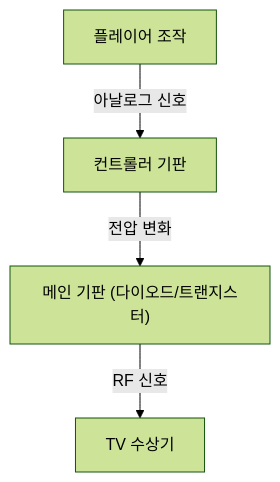
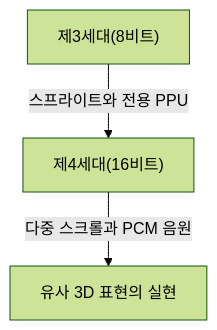
One commit to kenjinote/blog changed the first of 2 diagrams in content/post/history-of-video-game-consoles/index.ko.md. Above: the diagram before and after it, drawn with Mermaid (forest theme). The commit also changed other lines of this file and 129 other files, not shown here.

````diff
--- a/content/post/history-of-video-game-consoles/index.ko.md
+++ b/content/post/history-of-video-game-consoles/index.ko.md
@@ -22,6 +33,5 @@
 ```mermaid
 graph TD
-    A["플레이어 조작"] -- "아날로그 신호" --> B["컨트롤러 기판"]
-    B -- "전압 변화" --> C["메인 기판 (다이오드/트랜지스터)"]
-    C -- "RF 신호" --> D["TV 수상기"]
+  A["제3세대(8비트)"] -- "스프라이트와 전용 PPU" --> B["제4세대(16비트)"]
+  B["제4세대(16비트)"] -- "다중 스크롤과 PCM 음원" --> C["유사 3D 표현의 실현"]
 ```
````
